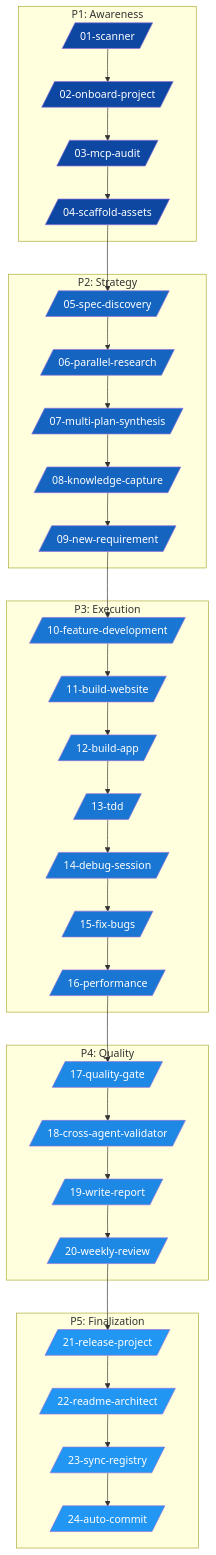
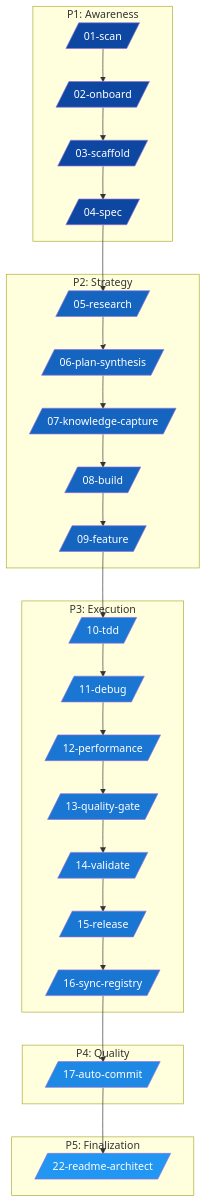
One commit to FartinCat/Antigravity-Agent changed the diagram in README.md. Above: the diagram before and after it, drawn with Mermaid. The commit also changed other lines of this file and 6 other files, not shown here.

````diff
--- a/README.md
+++ b/README.md
@@ -58,90 +58,72 @@
 ```mermaid
 graph TD
     subgraph P1: Awareness
-    SCANNER[/01-scanner/]
-    ONBOARDPROJECT[/02-onboard-project/]
+    SCANNER[/01-scan/]
+    ONBOARDPROJECT[/02-onboard/]
     SCANNER --> ONBOARDPROJECT
-    MCPAUDIT[/03-mcp-audit/]
-    ONBOARDPROJECT --> MCPAUDIT
-    SCAFFOLDASSETS[/04-scaffold-assets/]
-    MCPAUDIT --> SCAFFOLDASSETS
+    SCAFFOLDASSETS[/03-scaffold/]
+    ONBOARDPROJECT --> SCAFFOLDASSETS
+    SPECDISCOVERY[/04-spec/]
+    SCAFFOLDASSETS --> SPECDISCOVERY
     end
 
     subgraph P2: Strategy
-    SPECDISCOVERY[/05-spec-discovery/]
-    PARALLELRESEARCH[/06-parallel-research/]
-    SPECDISCOVERY --> PARALLELRESEARCH
-    MULTIPLANSYNTHESIS[/07-multi-plan-synthesis/]
-    PARALLELRESEARCH --> MULTIPLANSYNTHESIS
-    KNOWLEDGECAPTURE[/08-knowledge-capture/]
+    Research[/05-research/]
+    MULTIPLANSYNTHESIS[/06-plan-synthesis/]
+    Research --> MULTIPLANSYNTHESIS
+    KNOWLEDGECAPTURE[/07-knowledge-capture/]
     MULTIPLANSYNTHESIS --> KNOWLEDGECAPTURE
-    NEWREQUIREMENT[/09-new-requirement/]
-    KNOWLEDGECAPTURE --> NEWREQUIREMENT
+    Build[/08-build/]
+    KNOWLEDGECAPTURE --> Build
+    Feature[/09-feature/]
+    Build --> Feature
     end
 
     subgraph P3: Execution
-    FEATUREDEVELOPMENT[/10-feature-development/]
-    05ABUILDWEBSITE[/11-build-website/]
-    FEATUREDEVELOPMENT --> 05ABUILDWEBSITE
-    05BBUILDAPP[/12-build-app/]
-    05ABUILDWEBSITE --> 05BBUILDAPP
-    TDD[/13-tdd/]
-    05BBUILDAPP --> TDD
-    DEBUGSESSION[/14-debug-session/]
+    TDD[/10-tdd/]
+    DEBUGSESSION[/11-debug/]
     TDD --> DEBUGSESSION
-    FIXBUGS[/15-fix-bugs/]
-    DEBUGSESSION --> FIXBUGS
-    PERFORMANCE[/16-performance/]
-    FIXBUGS --> PERFORMANCE
+    PERFORMANCE[/12-performance/]
+    DEBUGSESSION --> PERFORMANCE
+    QUALITYGATE[/13-quality-gate/]
+    PERFORMANCE --> QUALITYGATE
+    CROSSAGENTVALIDATOR[/14-validate/]
+    QUALITYGATE --> CROSSAGENTVALIDATOR
+    RELEASEPROJECT[/15-release/]
+    CROSSAGENTVALIDATOR --> RELEASEPROJECT
+    SYNCREGISTRY[/16-sync-registry/]
+    RELEASEPROJECT --> SYNCREGISTRY
     end
 
     subgraph P4: Quality
-    QUALITYGATE[/17-quality-gate/]
-    CROSSAGENTVALIDATOR[/18-cross-agent-validator/]
-    QUALITYGATE --> CROSSAGENTVALIDATOR
-    WRITEREPORT[/19-write-report/]
-    CROSSAGENTVALIDATOR --> WRITEREPORT
-    WEEKLYREVIEW[/20-weekly-review/]
-    WRITEREPORT --> WEEKLYREVIEW
+    AUTOCOMMIT[/17-auto-commit/]
     end
 
     subgraph P5: Finalization
-    RELEASEPROJECT[/21-release-project/]
     READMEARCHITECT[/22-readme-architect/]
-    RELEASEPROJECT --> READMEARCHITECT
-    SYNCREGISTRY[/23-sync-registry/]
-    READMEARCHITECT --> SYNCREGISTRY
-    AUTOCOMMIT[/24-auto-commit/]
-    SYNCREGISTRY --> AUTOCOMMIT
     end
 
-    SCAFFOLDASSETS --> SPECDISCOVERY
-    NEWREQUIREMENT --> FEATUREDEVELOPMENT
-    PERFORMANCE --> QUALITYGATE
-    WEEKLYREVIEW --> RELEASEPROJECT
+    SPECDISCOVERY --> Research
+    Feature --> TDD
+    SYNCREGISTRY --> AUTOCOMMIT
+    AUTOCOMMIT --> READMEARCHITECT
 
     style SCANNER fill:#0d47a1,color:#fff
     style ONBOARDPROJECT fill:#0d47a1,color:#fff
-    style MCPAUDIT fill:#0d47a1,color:#fff
     style SCAFFOLDASSETS fill:#0d47a1,color:#fff
-    style SPECDISCOVERY fill:#1565c0,color:#fff
-    style PARALLELRESEARCH fill:#1565c0,color:#fff
+    style SPECDISCOVERY fill:#0d47a1,color:#fff
+    style Research fill:#1565c0,color:#fff
     style MULTIPLANSYNTHESIS fill:#1565c0,color:#fff
     style KNOWLEDGECAPTURE fill:#1565c0,color:#fff
-    style NEWREQUIREMENT fill:#1565c0,color:#fff
-    style FEATUREDEVELOPMENT fill:#1976d2,color:#fff
-    style 05ABUILDWEBSITE fill:#1976d2,color:#fff
-    style 05BBUILDAPP fill:#1976d2,color:#fff
+    style Build fill:#1565c0,color:#fff
+    style Feature fill:#1565c0,color:#fff
     style TDD fill:#1976d2,color:#fff
     style DEBUGSESSION fill:#1976d2,color:#fff
-    style FIXBUGS fill:#1976d2,color:#fff
     style PERFORMANCE fill:#1976d2,color:#fff
-    style QUALITYGATE fill:#1e88e5,color:#fff
-    style CROSSAGENTVALIDATOR fill:#1e88e5,color:#fff
-    style WRITEREPORT fill:#1e88e5,color:#fff
-    style WEEKLYREVIEW fill:#1e88e5,color:#fff
-    style RELEASEPROJECT fill:#2196f3,color:#fff
+    style QUALITYGATE fill:#1976d2,color:#fff
+    style CROSSAGENTVALIDATOR fill:#1976d2,color:#fff
+    style RELEASEPROJECT fill:#1976d2,color:#fff
+    style SYNCREGISTRY fill:#1976d2,color:#fff
+    style AUTOCOMMIT fill:#1e88e5,color:#fff
     style READMEARCHITECT fill:#2196f3,color:#fff
-    style SYNCREGISTRY fill:#2196f3,color:#fff
-    style AUTOCOMMIT fill:#2196f3,color:#fff
 ```
````
